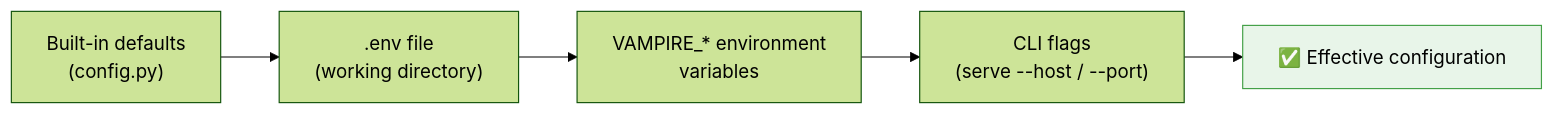
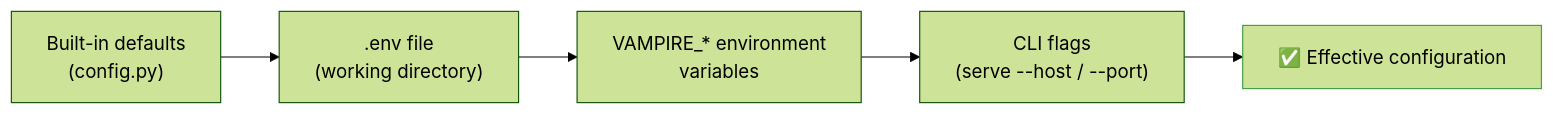
The first of 2 diagrams in docs/manual/04-configuration.md (japer-technology/llm-vampire), drawn with Mermaid (forest theme) before and after one commit. The commit also changed 3 other files, not shown here.

Commit message:
docs: remove coloured backgrounds from mermaid diagrams

````diff
--- a/docs/manual/04-configuration.md
+++ b/docs/manual/04-configuration.md
@@ -10,10 +10,10 @@
 ```mermaid
 flowchart LR
     defaults["Built-in defaults<br/>(config.py)"] --> envfile[".env file<br/>(working directory)"]
     envfile --> envvars["VAMPIRE_* environment<br/>variables"]
     envvars --> flags["CLI flags<br/>(serve --host / --port)"]
     flags --> effective["✅ Effective configuration"]
 
-    classDef win fill:#e8f5e9,stroke:#43a047;
+    classDef win stroke:#43a047;
     class effective win;
 ```
````
